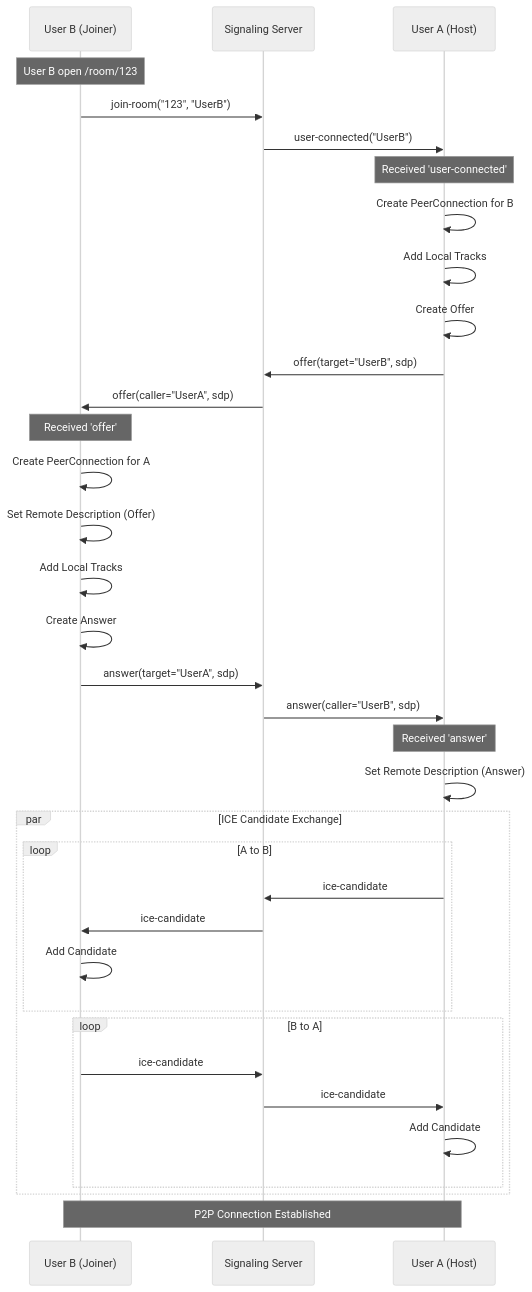
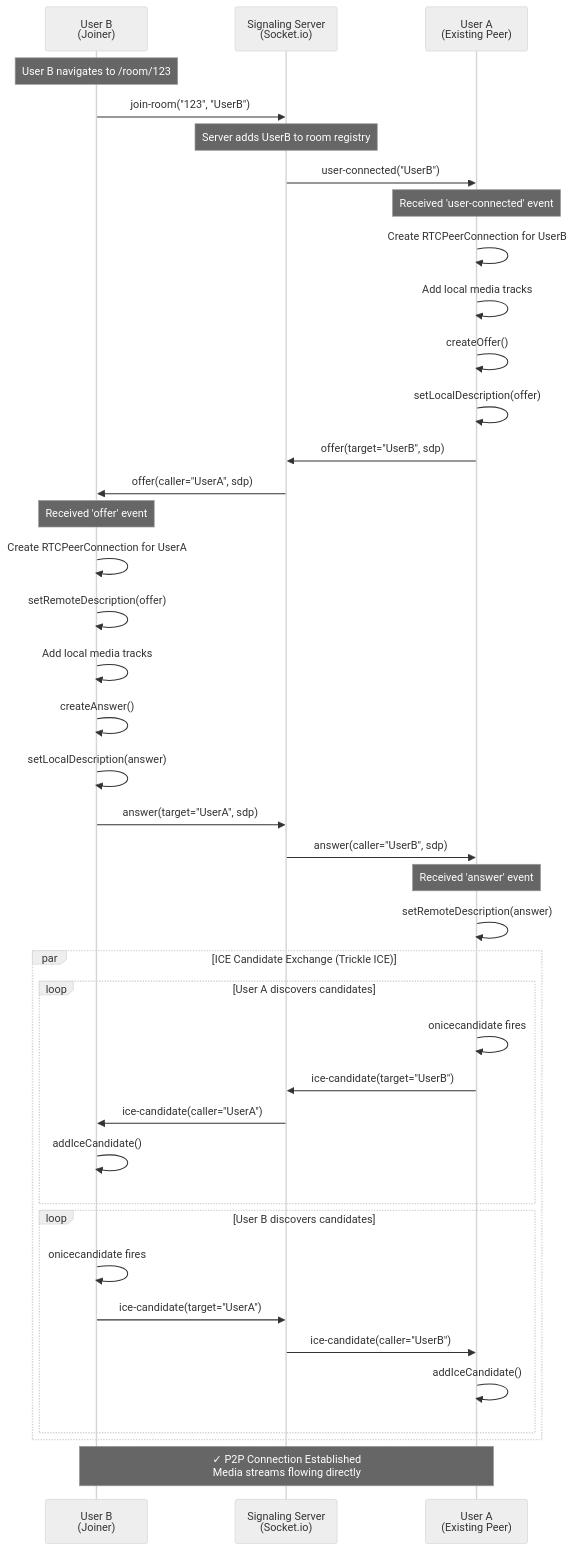
One commit to mbzzzzz/ConferCal changed the second of 2 diagrams in ARCHITECTURE.md. Above: the diagram before and after it, drawn with Mermaid (neutral theme). The commit also changed other lines of this file and 4 other files, not shown here.

````diff
--- a/ARCHITECTURE.md
+++ b/ARCHITECTURE.md
@@ -28,43 +60,48 @@
 ```mermaid
 sequenceDiagram
-    participant B as User B (Joiner)
-    participant S as Signaling Server
-    participant A as User A (Host)
+    participant B as User B<br/>(Joiner)
+    participant S as Signaling Server<br/>(Socket.io)
+    participant A as User A<br/>(Existing Peer)
     
-    Note over B: User B open /room/123
+    Note over B: User B navigates to /room/123
     B->>S: join-room("123", "UserB")
+    Note over S: Server adds UserB to room registry
     S->>A: user-connected("UserB")
     
-    Note over A: Received 'user-connected'
-    A->>A: Create PeerConnection for B
-    A->>A: Add Local Tracks
-    A->>A: Create Offer
+    Note over A: Received 'user-connected' event
+    A->>A: Create RTCPeerConnection for UserB
+    A->>A: Add local media tracks
+    A->>A: createOffer()
+    A->>A: setLocalDescription(offer)
     A->>S: offer(target="UserB", sdp)
     S->>B: offer(caller="UserA", sdp)
     
-    Note over B: Received 'offer'
-    B->>B: Create PeerConnection for A
-    B->>B: Set Remote Description (Offer)
-    B->>B: Add Local Tracks
-    B->>B: Create Answer
+    Note over B: Received 'offer' event
+    B->>B: Create RTCPeerConnection for UserA
+    B->>B: setRemoteDescription(offer)
+    B->>B: Add local media tracks
+    B->>B: createAnswer()
+    B->>B: setLocalDescription(answer)
     B->>S: answer(target="UserA", sdp)
     S->>A: answer(caller="UserB", sdp)
     
-    Note over A: Received 'answer'
-    A->>A: Set Remote Description (Answer)
+    Note over A: Received 'answer' event
+    A->>A: setRemoteDescription(answer)
     
-    par ICE Candidate Exchange
-        Loop A to B
-            A->>S: ice-candidate
-            S->>B: ice-candidate
-            B->>B: Add Candidate
-        End
-        Loop B to A
-            B->>S: ice-candidate
-            S->>A: ice-candidate
-            A->>A: Add Candidate
-        End
+    par ICE Candidate Exchange (Trickle ICE)
+        loop User A discovers candidates
+            A->>A: onicecandidate fires
+            A->>S: ice-candidate(target="UserB")
+            S->>B: ice-candidate(caller="UserA")
+            B->>B: addIceCandidate()
+        end
+        loop User B discovers candidates
+            B->>B: onicecandidate fires
+            B->>S: ice-candidate(target="UserA")
+            S->>A: ice-candidate(caller="UserB")
+            A->>A: addIceCandidate()
+        end
     end
     
-    Note over A,B: P2P Connection Established
+    Note over A,B: ✓ P2P Connection Established<br/>Media streams flowing directly
 ```
````
